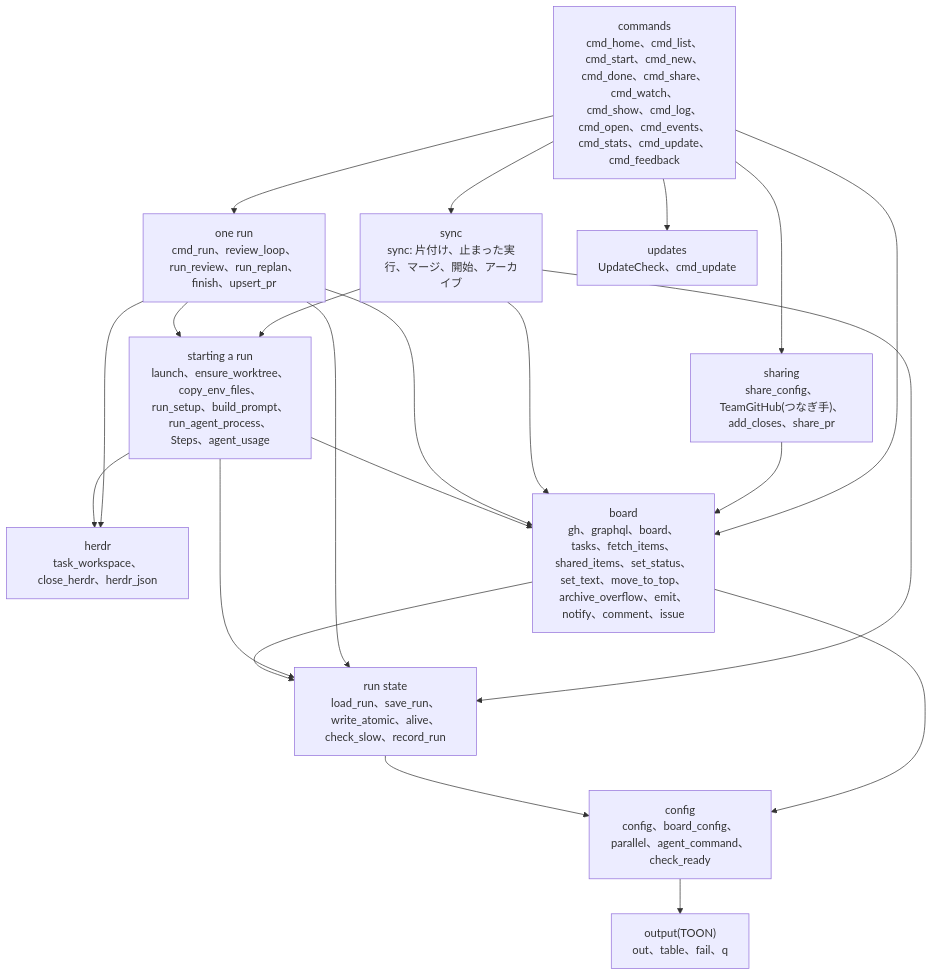
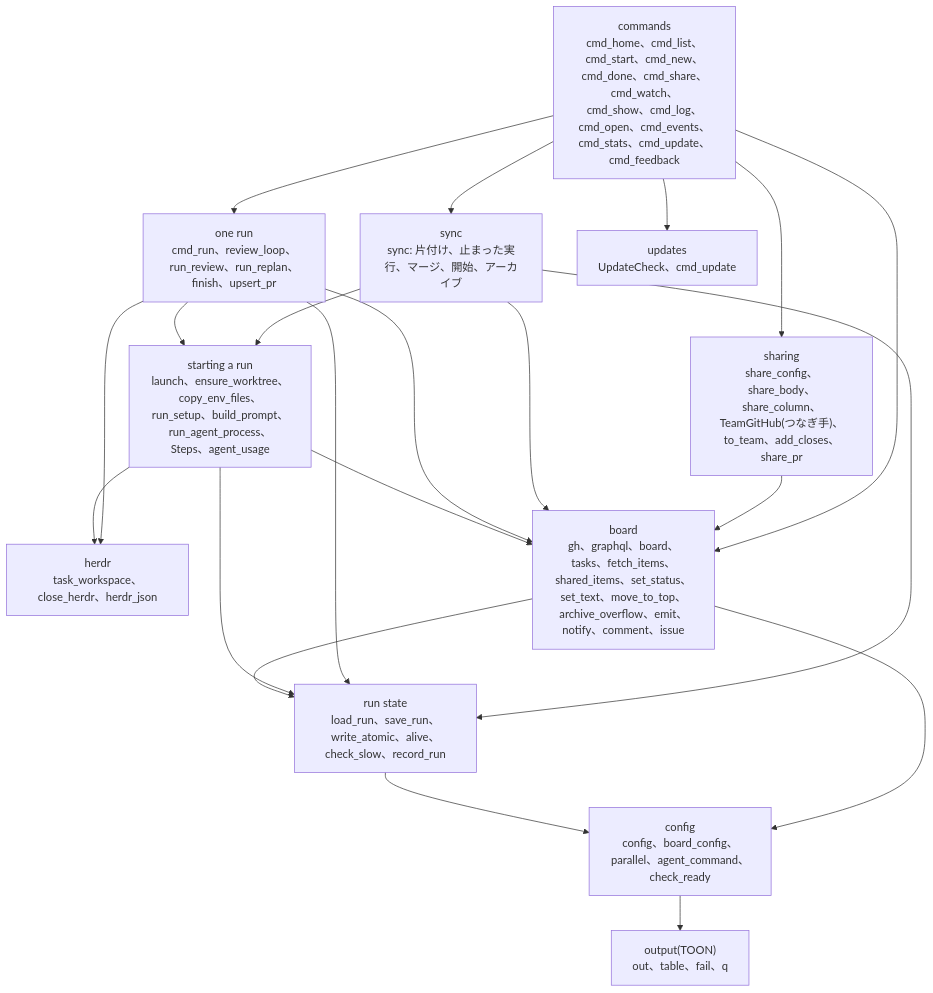
Before and after one commit to dip-ka-jo/task-hub-1: the first of 8 diagrams in docs/architecture/lld.md, drawn with Mermaid. The commit also changed other lines of this file and 8 other files, not shown here.

````diff
--- a/docs/architecture/lld.md
+++ b/docs/architecture/lld.md
@@ -11,35 +11,35 @@
 ```mermaid
 flowchart TB
     commands["commands<br/>cmd_home、cmd_list、cmd_start、cmd_new、cmd_done、cmd_share、cmd_watch、<br/>cmd_show、cmd_log、cmd_open、cmd_events、cmd_stats、cmd_update、cmd_feedback"]
-    sharing["sharing<br/>share_config、TeamGitHub(つなぎ手)、add_closes、share_pr"]
+    sharing["sharing<br/>share_config、share_body、share_column、TeamGitHub(つなぎ手)、to_team、add_closes、share_pr"]
     sync["sync<br/>sync: 片付け、止まった実行、マージ、開始、アーカイブ"]
     runone["one run<br/>cmd_run、review_loop、run_review、run_replan、finish、upsert_pr"]
     start["starting a run<br/>launch、ensure_worktree、copy_env_files、run_setup、build_prompt、<br/>run_agent_process、Steps、agent_usage"]
     herdr["herdr<br/>task_workspace、close_herdr、herdr_json"]
     runstate["run state<br/>load_run、save_run、write_atomic、alive、check_slow、record_run"]
     boardl["board<br/>gh、graphql、board、tasks、fetch_items、shared_items、set_status、<br/>set_text、move_to_top、archive_overflow、emit、notify、comment、issue"]
     config["config<br/>config、board_config、parallel、agent_command、check_ready"]
     output["output(TOON)<br/>out、table、fail、q"]
     updates["updates<br/>UpdateCheck、cmd_update"]
 
     commands --> sync
     commands --> runone
     commands --> boardl
     commands --> updates
     commands --> sharing
     sharing --> boardl
     sync --> start
     sync --> boardl
     sync --> runstate
     runone --> start
     runone --> boardl
     runone --> runstate
     runone --> herdr
     start --> herdr
     start --> runstate
     start --> boardl
     boardl --> runstate
     boardl --> config
     runstate --> config
     config --> output
 ```
````
